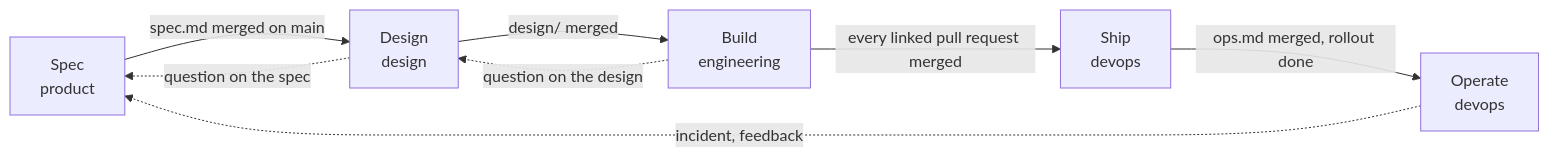
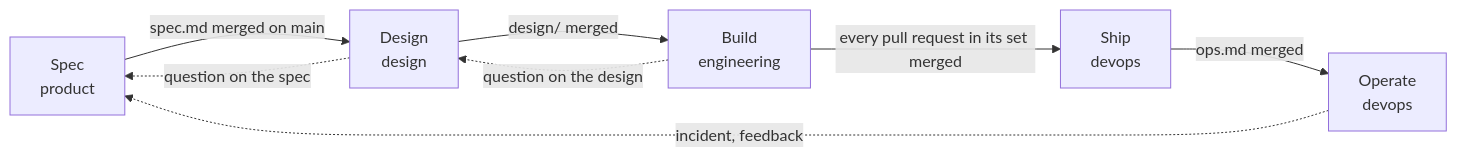
One commit to AltharIDE/althar changed the first of 2 diagrams in docs/plans/whole-team.md. Above: the diagram before and after it, drawn with Mermaid. The commit also changed other lines of this file and 5 other files, not shown here.

````diff
--- a/docs/plans/whole-team.md
+++ b/docs/plans/whole-team.md
@@ -75,10 +79,10 @@
 ```mermaid
 flowchart LR
   S[Spec<br/>product] -->|spec.md merged on main| D[Design<br/>design]
   D -->|design/ merged| B[Build<br/>engineering]
-  B -->|every linked pull request merged| SH[Ship<br/>devops]
-  SH -->|ops.md merged, rollout done| O[Operate<br/>devops]
+  B -->|every pull request in its set merged| SH[Ship<br/>devops]
+  SH -->|ops.md merged| O[Operate<br/>devops]
   O -.incident, feedback.-> S
   D -.question on the spec.-> S
   B -.question on the design.-> D
 ```
````
